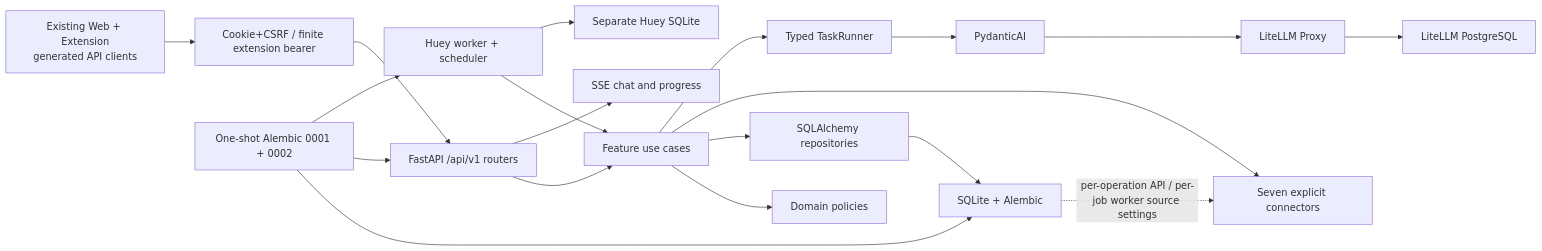
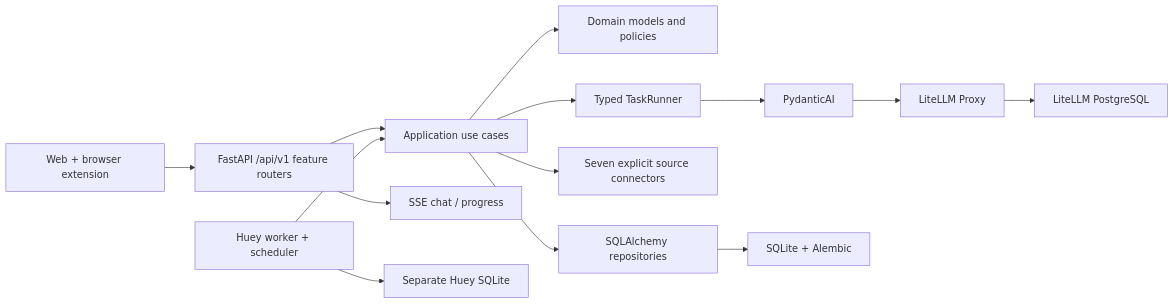
Before and after one commit to Zhujingxi/OpenBiliClaw: the diagram in README_EN.md, drawn with Mermaid. The commit also changed other lines of this file and 1000 other files, not shown here.

Commit message:
refactor: remove legacy architecture and document vnext

````diff
--- a/README_EN.md
+++ b/README_EN.md
@@ -30,21 +22,16 @@
 ```mermaid
 flowchart LR
-    UI["Existing Web + Extension<br/>generated API clients"] --> AUTH["Cookie+CSRF / finite extension bearer"]
-    AUTH --> API["FastAPI /api/v1 routers"]
-    API --> UC["Feature use cases"]
-    API --> SSE["SSE chat and progress"]
+    UI["Web + browser extension"] --> API["FastAPI /api/v1 feature routers"]
+    API --> UC["Application use cases"]
+    API --> SSE["SSE chat / progress"]
     JOBS["Huey worker + scheduler"] --> UC
-    UC --> DOMAIN["Domain policies"]
+    UC --> DOMAIN["Domain models and policies"]
     UC --> REPOS["SQLAlchemy repositories"]
-    UC --> SOURCES["Seven explicit connectors"]
+    UC --> SOURCES["Seven explicit source connectors"]
     UC --> AI["Typed TaskRunner"]
-    MIGRATE["One-shot Alembic 0001 + 0002"] --> DB
-    MIGRATE --> API
-    MIGRATE --> JOBS
     AI --> PYD["PydanticAI"]
     PYD --> LLM["LiteLLM Proxy"]
     REPOS --> DB["SQLite + Alembic"]
-    DB -. "per-operation API / per-job worker source settings" .-> SOURCES
     JOBS --> QUEUE["Separate Huey SQLite"]
     LLM --> PG["LiteLLM PostgreSQL"]
 ```
````
